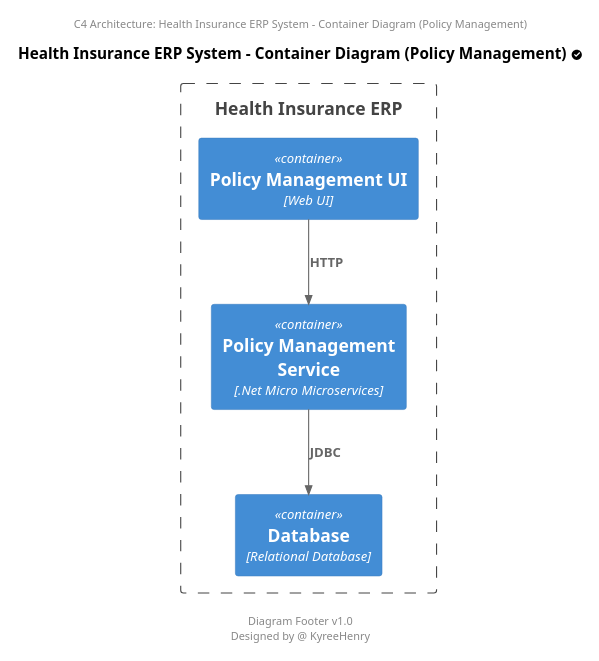
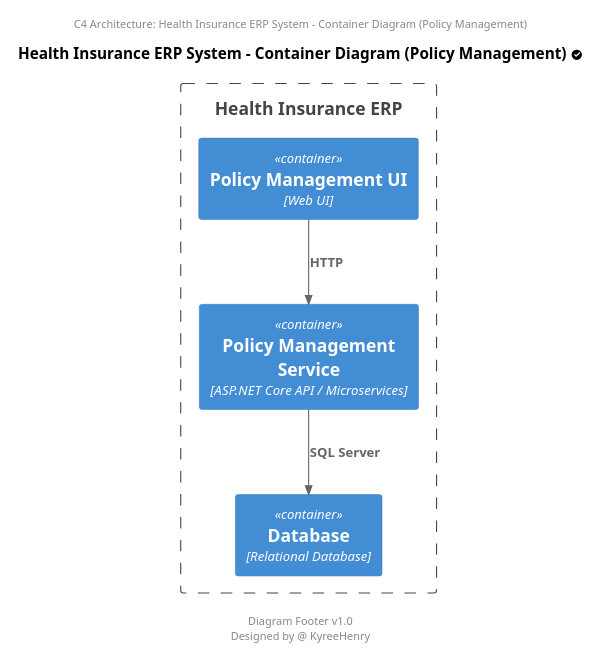
Before and after one commit to kyree-henry/HealthInsurePro: the diagram in arch/container-diagram.puml, drawn with PlantUML. The commit also changed 1 other file, not shown here.

Commit message:
Commit 003 * Added C4 Architecture  Component Diagram

```diff
--- a/arch/container-diagram.puml
+++ b/arch/container-diagram.puml
@@ -1,28 +1,28 @@
 @startuml HealthInsuranceERP - Container Diagram - Policy Management
 
 scale 2/3
 
 center header
     C4 Architecture: Health Insurance ERP System - Container Diagram (Policy Management)
 endheader
 
 title Health Insurance ERP System - Container Diagram (Policy Management) <&circle-check>
 
 !includeurl https://raw.githubusercontent.com/RicardoNiepel/C4-PlantUML/release/1-0/C4_Container.puml
 
 ' Boundary for Health Insurance ERP System
 Boundary(healthinsuranceerp, "Health Insurance ERP") {
     Container(policymanagementui, "Policy Management UI", "Web UI")
-    Container(policymanagementservice, "Policy Management Service", ".Net Micro Microservices")
+    Container(policymanagementservice, "Policy Management Service", "ASP.NET Core API / Microservices")
     Container(database, "Database", "Relational Database")
 }
 
 Rel_D(policymanagementui, policymanagementservice, "HTTP")
-Rel_D(policymanagementservice, database, "JDBC")
+Rel_D(policymanagementservice, database, "SQL Server")
 
 center footer
     
     Diagram Footer v1.0
     Designed by @ KyreeHenry
 endfooter
 @enduml
```
